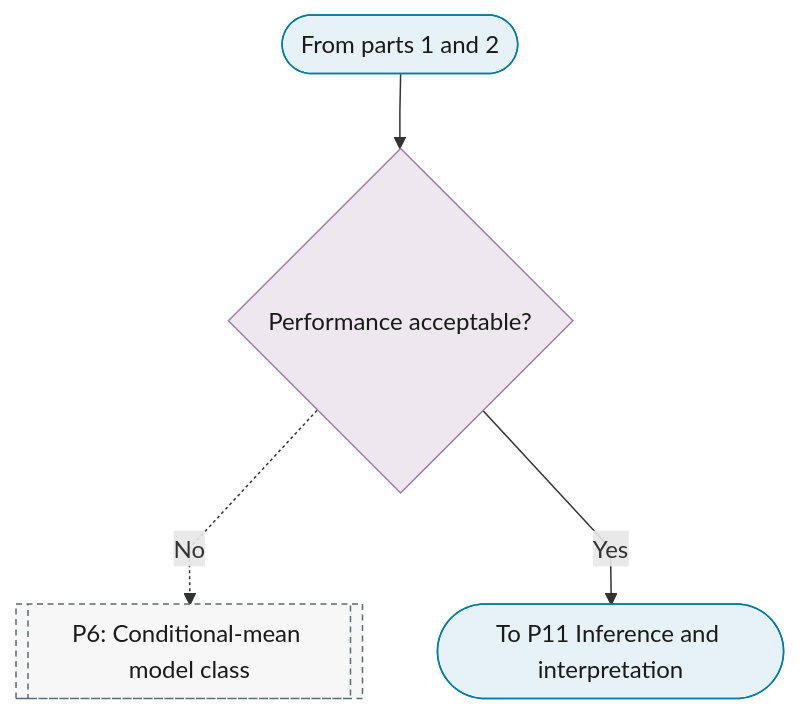
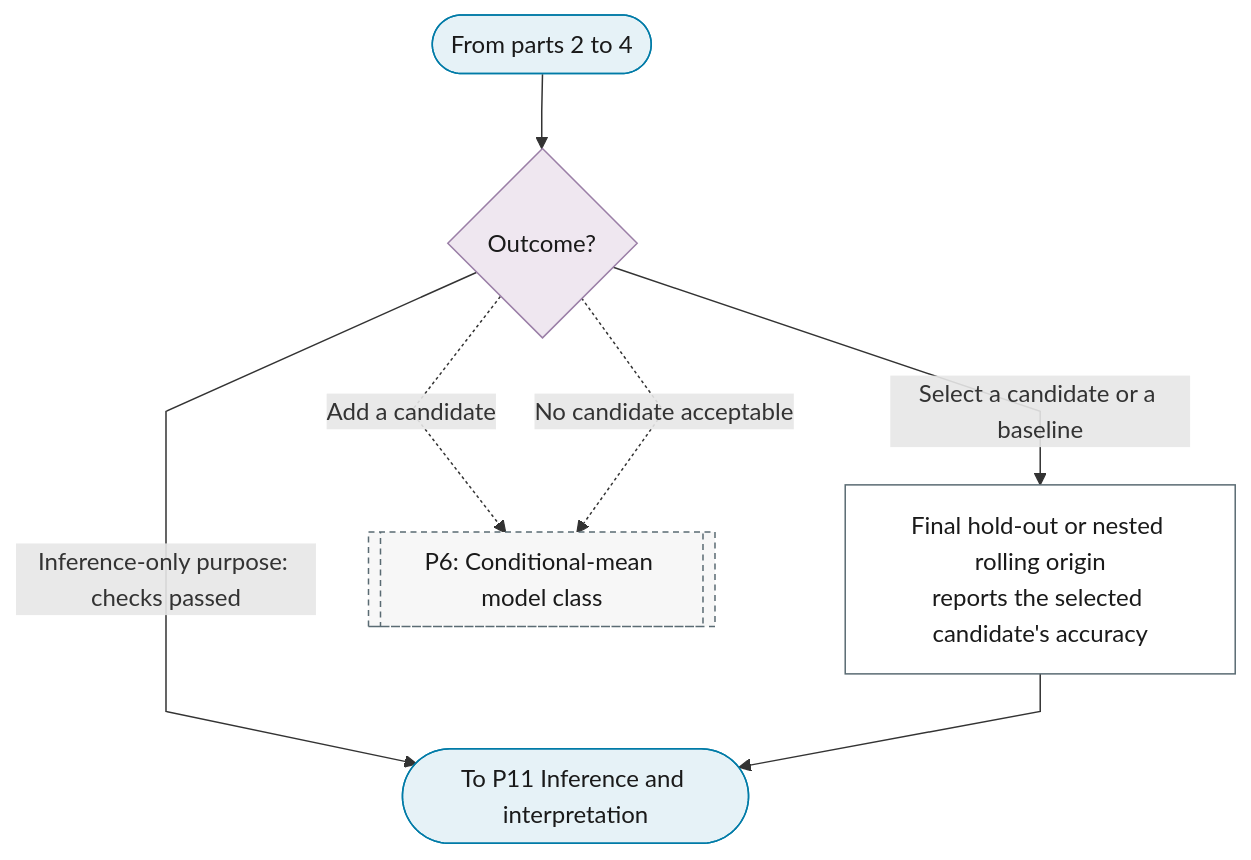
The fifth of 5 diagrams in docs/01-workflow/p10-evaluation-selection.md (Shuxin-Y/time-series-analysis-manual), drawn with Mermaid before and after one commit. The commit also changed other lines of this file and 8 other files, not shown here.

First line of the commit message:
feat(p9,p10): purpose-group gate, corrected re-tests, as-of-origin evaluation

````diff
--- a/docs/01-workflow/p10-evaluation-selection.md
+++ b/docs/01-workflow/p10-evaluation-selection.md
@@ -69,18 +114,22 @@
 ```mermaid
 %%{init: {"flowchart": {"curve": "linear"}}}%%
 graph TD
-    P10_PART_3_IN(["From parts 1 and 2"]) --> P10_ACCEPTABLE{"Performance acceptable?"}
-    P10_ACCEPTABLE -.->|"No"| P6[["P6: Conditional-mean model class"]]
-    P10_ACCEPTABLE -->|"Yes"| P10_OUT(["To P11 Inference and interpretation"])
-    class P10_PART_3_IN,P10_OUT terminator
-    class P10_ACCEPTABLE decision
+    P10_PART_5_IN(["From parts 2 to 4"]) --> P10_SELECT{"Outcome?"}
+    P10_SELECT -->|"Select a candidate or a baseline"| P10_FINAL_HOLDOUT["Final hold-out or nested rolling origin<br/>reports the selected candidate's accuracy"]
+    P10_SELECT -->|"Inference-only purpose: checks passed"| P10_OUT
+    P10_SELECT -.->|"Add a candidate"| P6[["P6: Conditional-mean model class"]]
+    P10_SELECT -.->|"No candidate acceptable"| P6
+    P10_FINAL_HOLDOUT --> P10_OUT(["To P11 Inference and interpretation"])
+    class P10_PART_5_IN,P10_OUT terminator
+    class P10_SELECT decision
+    class P10_FINAL_HOLDOUT process
     class P6 ref
     classDef terminator fill:#E6F2F7,stroke:#007BA7,color:#1A1A1A;
     classDef process fill:#FFFFFF,stroke:#5A6B73,color:#1A1A1A;
     classDef decision fill:#EFE7F0,stroke:#9B7FA7,color:#1A1A1A;
     classDef data fill:#FFF4E0,stroke:#C9A55E,color:#1A1A1A;
     classDef good fill:#DCEFD8,stroke:#4A7A3F,color:#1A1A1A;
     classDef escalate fill:#FFE9C2,stroke:#C9A55E,color:#1A1A1A;
     classDef problem fill:#F2D9DE,stroke:#800020,color:#1A1A1A;
     classDef ref fill:#F7F7F7,stroke:#5A6B73,color:#1A1A1A,stroke-dasharray:4 3;
 ```
````
